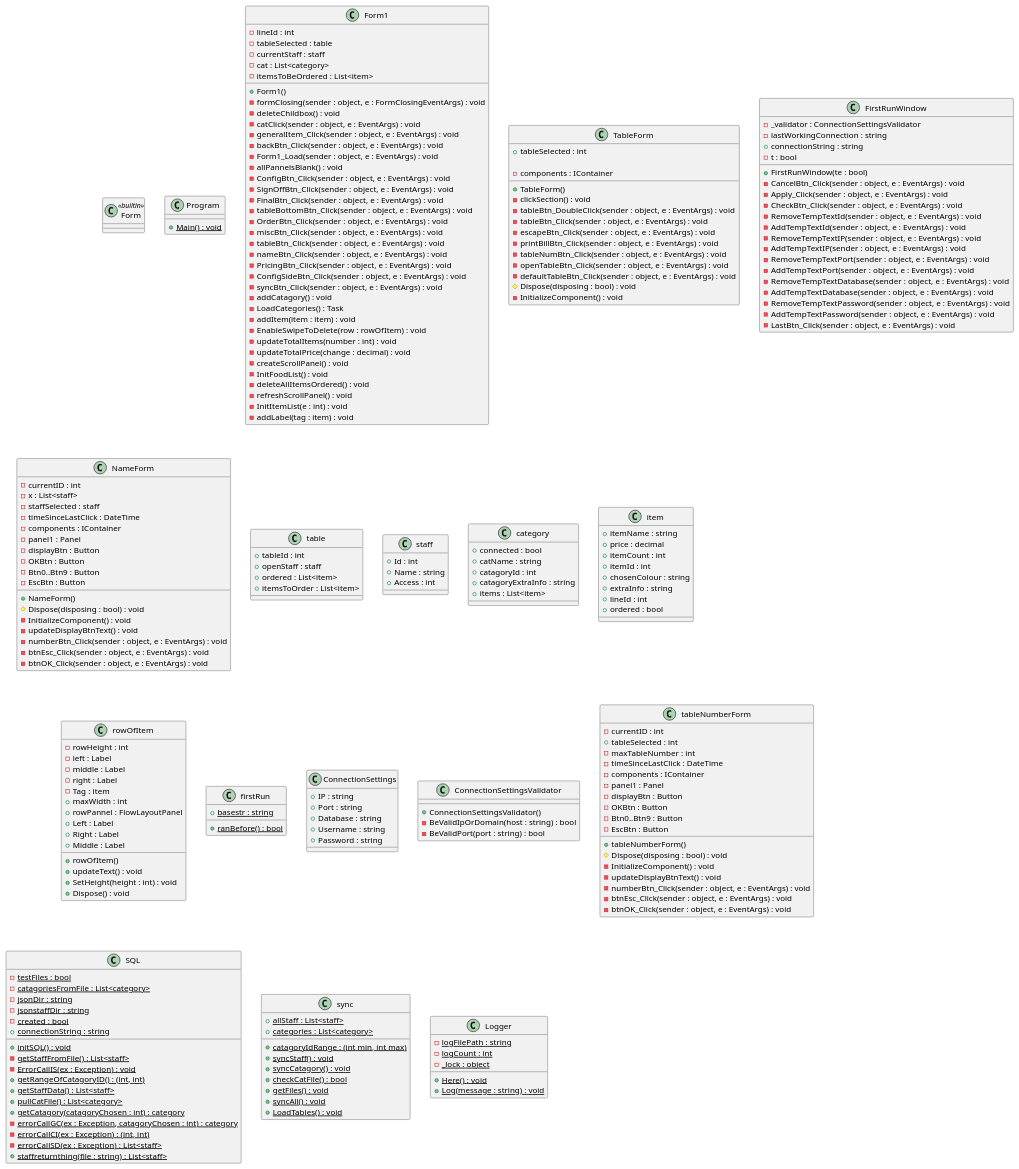
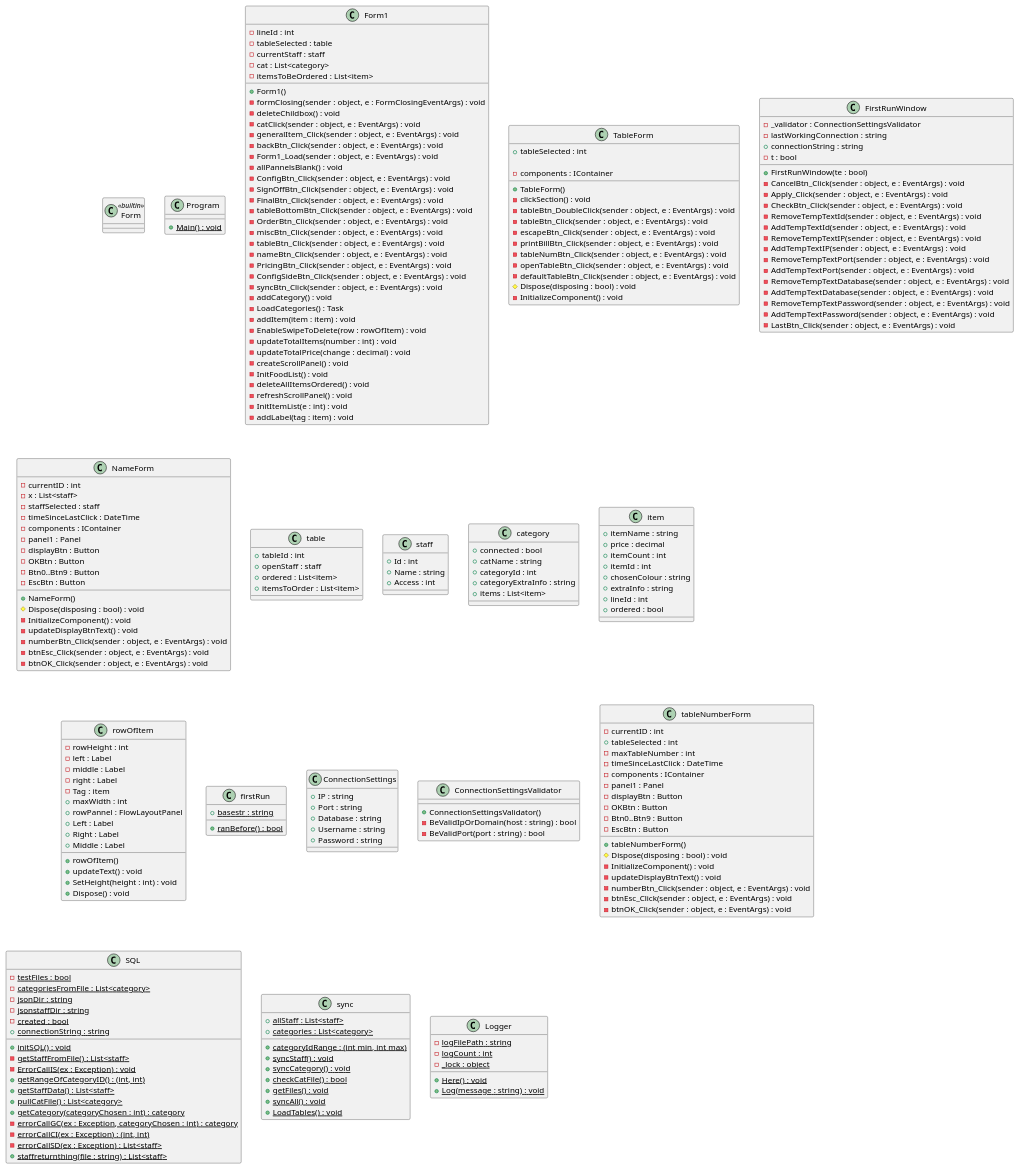
One commit to ffishstix/workcloneCS changed the diagram in diagrams/individual classes.puml. Above: the diagram before and after it, drawn with PlantUML. The commit also changed 6 other files, not shown here.

```diff
--- a/diagrams/individual classes.puml
+++ b/diagrams/individual classes.puml
@@ -32,7 +32,7 @@
   - PricingBtn_Click(sender : object, e : EventArgs) : void
   - ConfigSideBtn_Click(sender : object, e : EventArgs) : void
   - syncBtn_Click(sender : object, e : EventArgs) : void
-  - addCatagory() : void
+  - addCategory() : void
   - LoadCategories() : Task
   - addItem(item : item) : void
   - EnableSwipeToDelete(row : rowOfItem) : void
@@ -123,8 +123,8 @@
 class category {
   + connected : bool
   + catName : string
-  + catagoryId : int
-  + catagoryExtraInfo : string
+  + categoryId : int
+  + categoryExtraInfo : string
   + items : List<item>
 }
 
@@ -198,7 +198,7 @@
 
 class SQL {
   - {static} testFiles : bool
-  - {static} catagoriesFromFile : List<category>
+  - {static} categoriesFromFile : List<category>
   - {static} jsonDir : string
   - {static} jsonstaffDir : string
   - {static} created : bool
@@ -207,23 +207,23 @@
   + {static} initSQL() : void
   - {static} getStaffFromFile() : List<staff>
   - {static} ErrorCallIS(ex : Exception) : void
-  + {static} getRangeOfCatagoryID() : (int, int)
+  + {static} getRangeOfCategoryID() : (int, int)
   + {static} getStaffData() : List<staff>
   + {static} pullCatFile() : List<category>
-  + {static} getCatagory(catagoryChosen : int) : category
-  - {static} errorCallGC(ex : Exception, catagoryChosen : int) : category
+  + {static} getCategory(categoryChosen : int) : category
+  - {static} errorCallGC(ex : Exception, categoryChosen : int) : category
   - {static} errorCallCI(ex : Exception) : (int, int)
   - {static} errorCallSD(ex : Exception) : List<staff>
   + {static} staffreturnthing(file : string) : List<staff>
 }
 
 class sync {
-  + {static} catagoryIdRange : (int min, int max)
+  + {static} categoryIdRange : (int min, int max)
   + {static} allStaff : List<staff>
   + {static} categories : List<category>
   
   + {static} syncStaff() : void
-  + {static} syncCatagory() : void
+  + {static} syncCategory() : void
   + {static} checkCatFile() : bool
   + {static} getFiles() : void
   + {static} syncAll() : void
```
